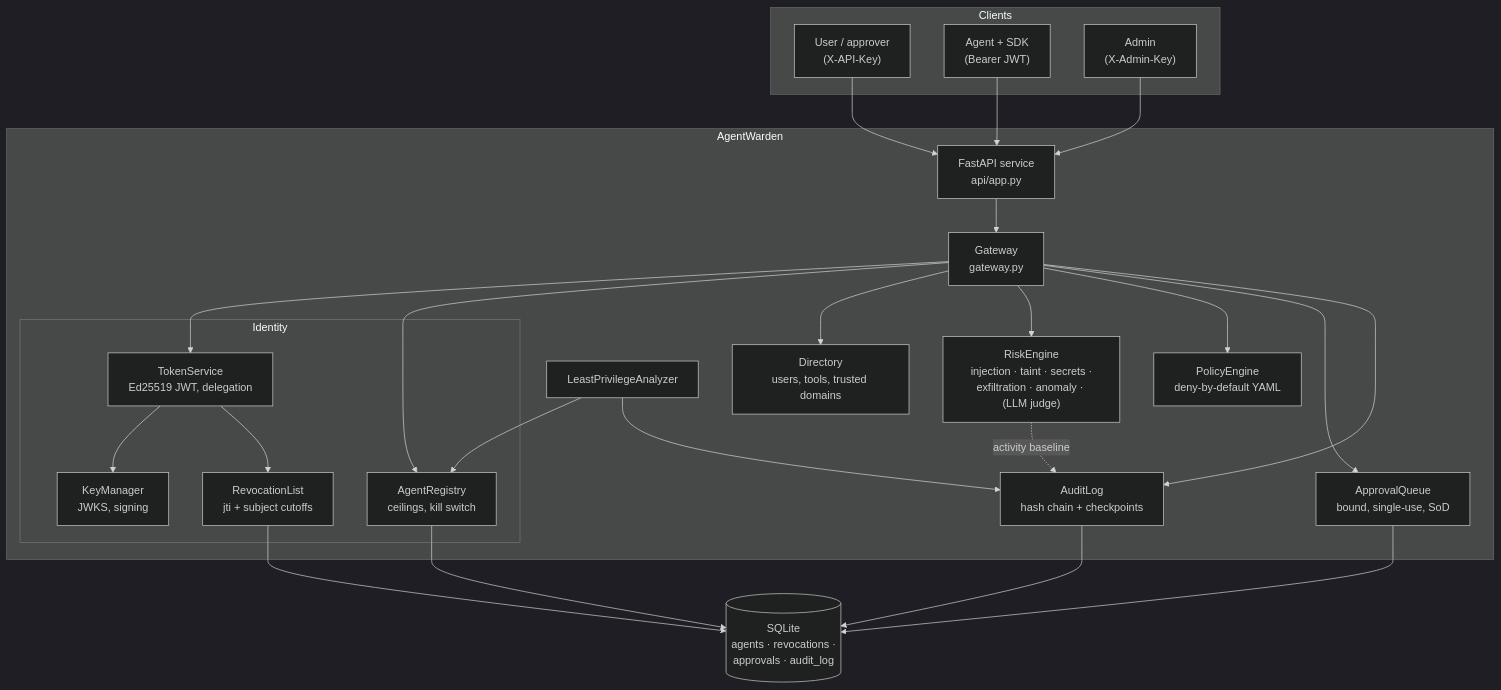
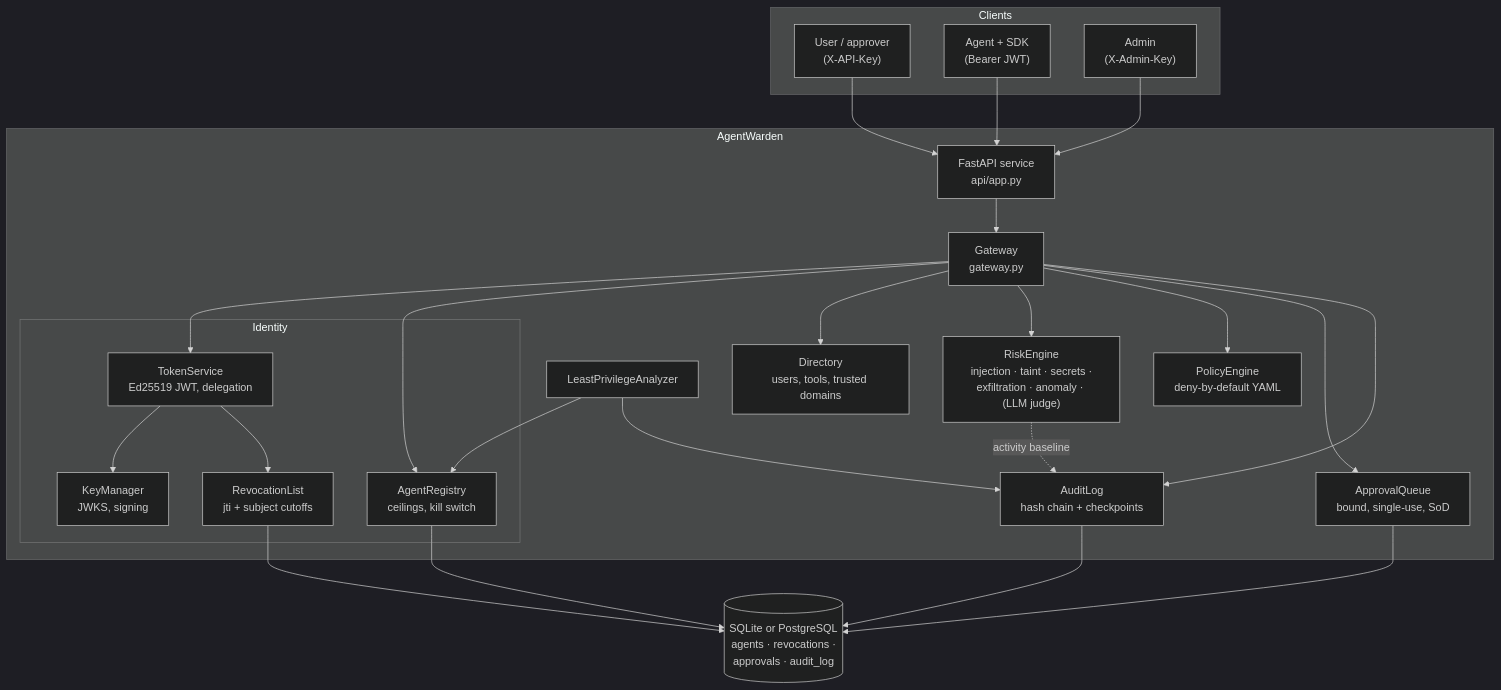
Before and after one commit to Tawhid-Mahmud/agentwarden: the first of 3 diagrams in docs/ARCHITECTURE.md, drawn with Mermaid (dark theme). The commit also changed other lines of this file and 18 other files, not shown here.

First line of the commit message:
feat(storage): PostgreSQL backend for multi-instance deployments

````diff
--- a/docs/ARCHITECTURE.md
+++ b/docs/ARCHITECTURE.md
@@ -9,37 +9,37 @@
 ```mermaid
 flowchart TB
     subgraph Clients
         User["User / approver<br/>(X-API-Key)"]
         Agent["Agent + SDK<br/>(Bearer JWT)"]
         Admin["Admin<br/>(X-Admin-Key)"]
     end
 
     subgraph AgentWarden
         API["FastAPI service<br/>api/app.py"]
         GW["Gateway<br/>gateway.py"]
         subgraph Identity
             TS["TokenService<br/>Ed25519 JWT, delegation"]
             KM["KeyManager<br/>JWKS, signing"]
             REG["AgentRegistry<br/>ceilings, kill switch"]
             REV["RevocationList<br/>jti + subject cutoffs"]
         end
         DIR["Directory<br/>users, tools, trusted domains"]
         RISK["RiskEngine<br/>injection · taint · secrets ·<br/>exfiltration · anomaly · (LLM judge)"]
         POL["PolicyEngine<br/>deny-by-default YAML"]
         APR["ApprovalQueue<br/>bound, single-use, SoD"]
         AUD["AuditLog<br/>hash chain + checkpoints"]
         ANA["LeastPrivilegeAnalyzer"]
     end
 
-    DB[("SQLite<br/>agents · revocations ·<br/>approvals · audit_log")]
+    DB[("SQLite or PostgreSQL<br/>agents · revocations ·<br/>approvals · audit_log")]
 
     User --> API
     Agent --> API
     Admin --> API
     API --> GW
     GW --> TS & REG & DIR & RISK & POL & APR & AUD
     TS --> KM & REV
     ANA --> AUD & REG
     REG & REV & APR & AUD --> DB
     RISK -. "activity baseline" .-> AUD
 ```
````
